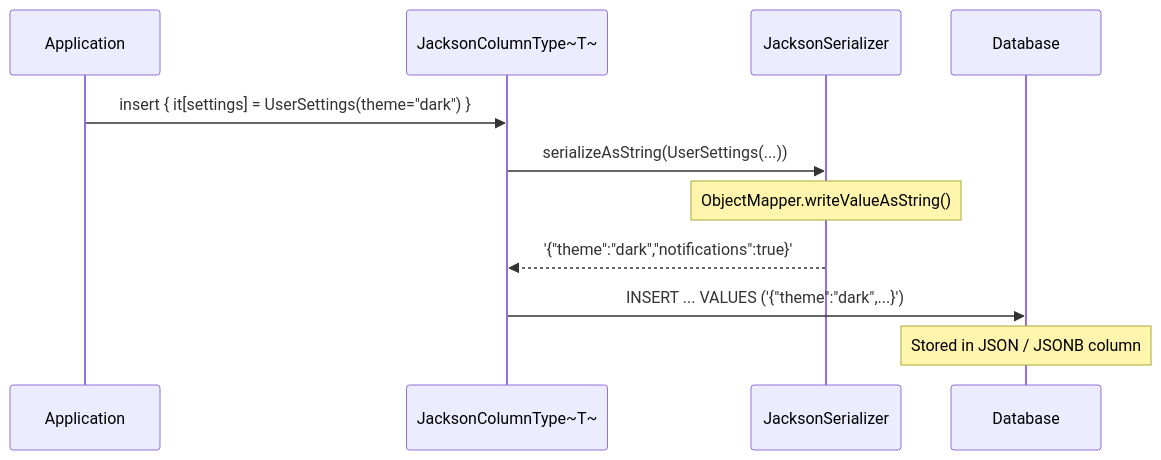
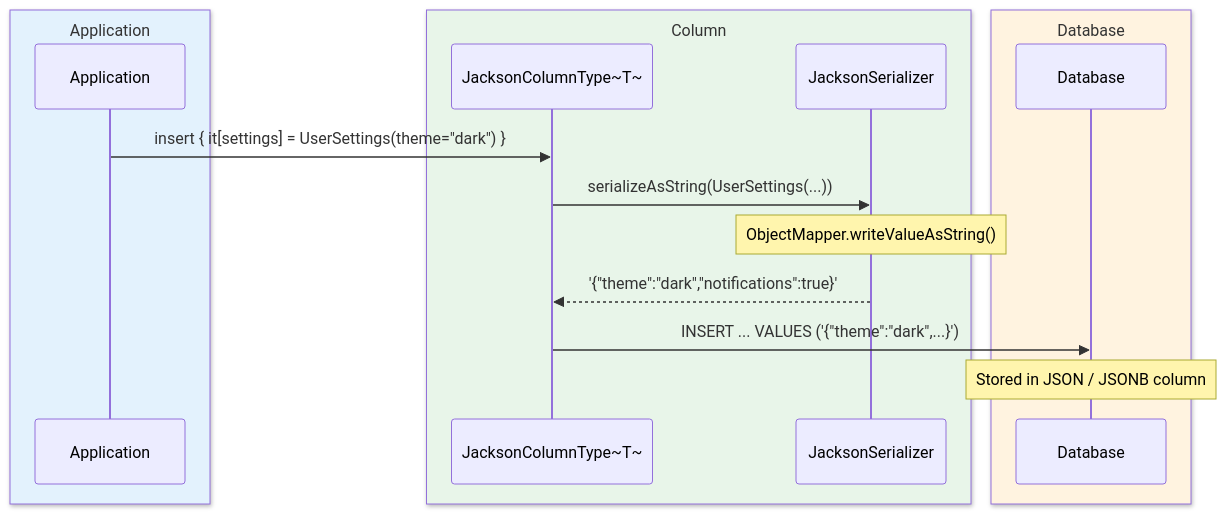
The third of 4 diagrams in data/exposed-jackson2/README.md (bluetape4k/bluetape4k-projects), drawn with Mermaid before and after one commit. The commit also changed other lines of this file and 221 other files, not shown here.

First line of the commit message:
docs: 전체 모듈 README UML 다이어그램 보강 및 색상 업그레이드

````diff
--- a/data/exposed-jackson2/README.md
+++ b/data/exposed-jackson2/README.md
@@ -181,14 +190,20 @@
 ```mermaid
 sequenceDiagram
-    participant App as Application
-    participant Col as JacksonColumnType~T~
-    participant Ser as JacksonSerializer
-    participant DB as Database
+    box rgb(227, 242, 253) Application
+        participant App as Application
+    end
+    box rgb(232, 245, 233) Column
+        participant Col as JacksonColumnType~T~
+        participant Ser as JacksonSerializer
+    end
+    box rgb(255, 243, 224) Database
+        participant DB as Database
+    end
 
     App->>Col: insert { it[settings] = UserSettings(theme="dark") }
     Col->>Ser: serializeAsString(UserSettings(...))
     Note over Ser: ObjectMapper.writeValueAsString()
     Ser-->>Col: '{"theme":"dark","notifications":true}'
     Col->>DB: INSERT ... VALUES ('{"theme":"dark",...}')
     Note over DB: Stored in JSON / JSONB column
 ```
````
